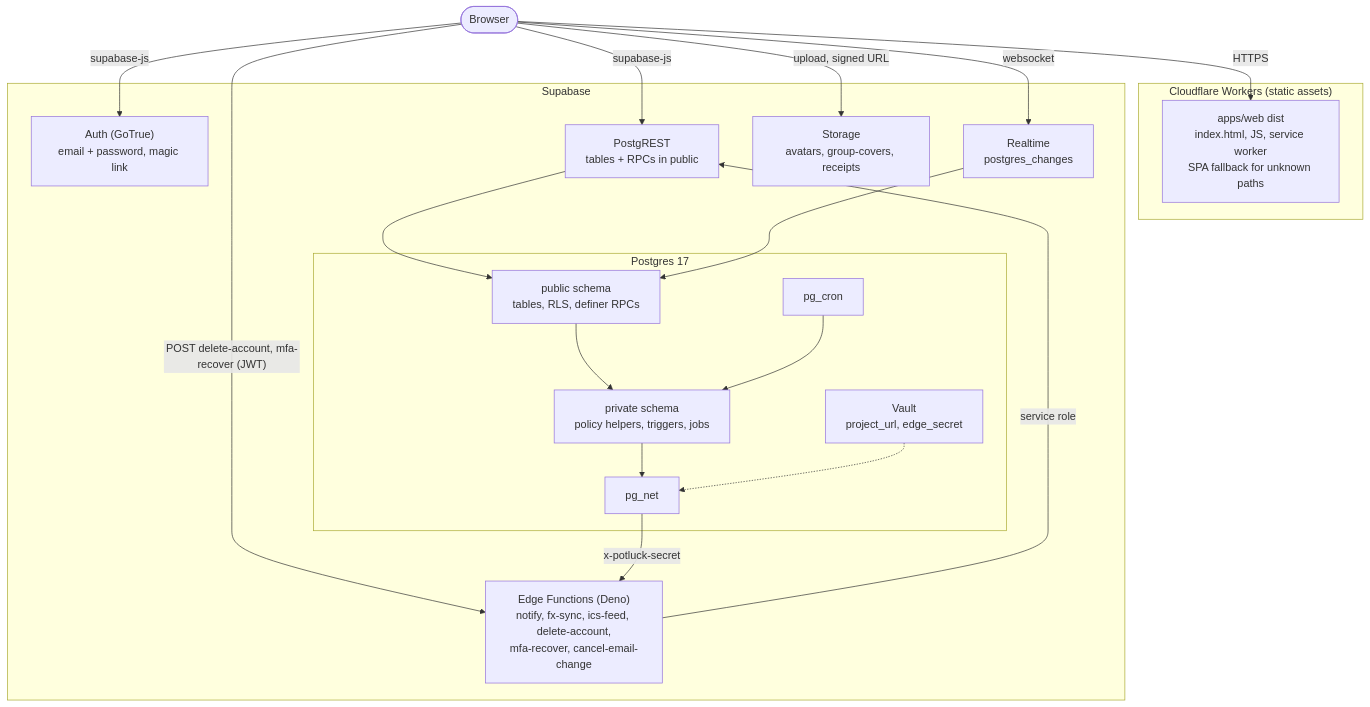
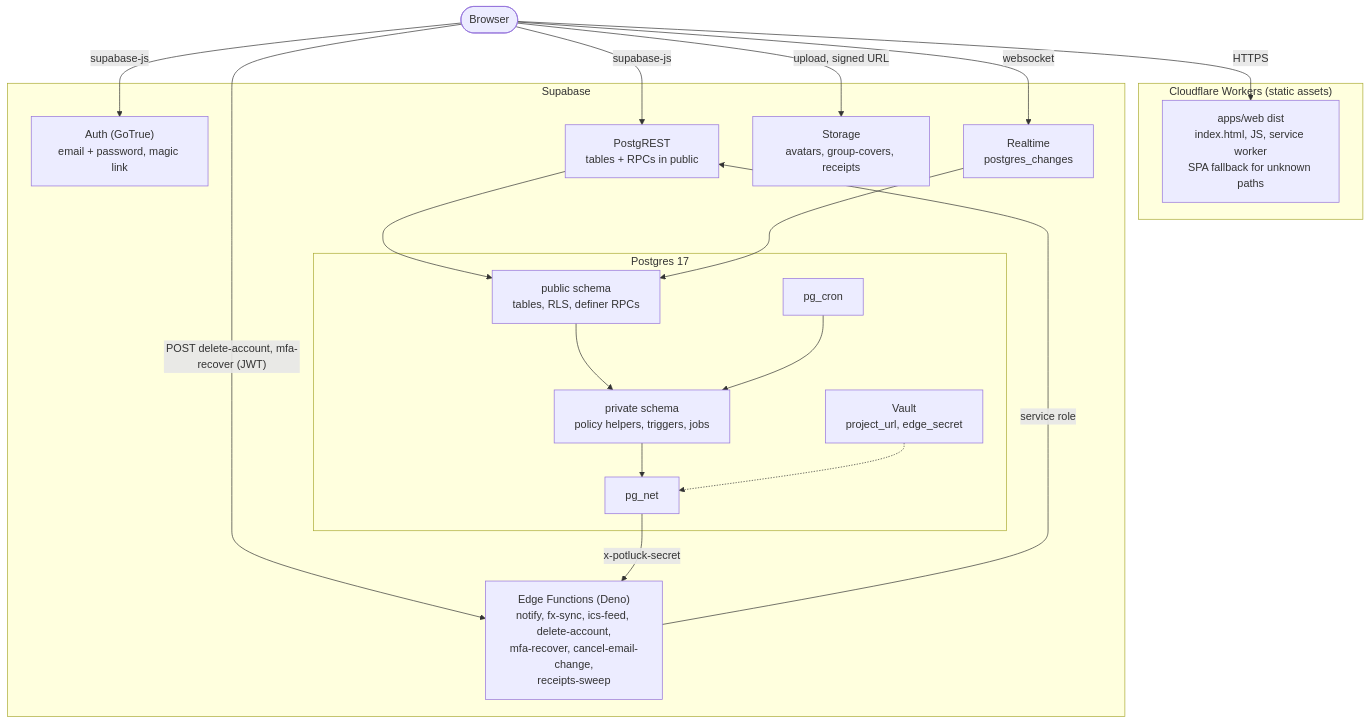
Before and after one commit to Fermulate/potluck: the second of 6 diagrams in docs/architecture.md, drawn with Mermaid. The commit also changed other lines of this file and 8 other files, not shown here.

````diff
--- a/docs/architecture.md
+++ b/docs/architecture.md
@@ -38,38 +38,38 @@
 ```mermaid
 flowchart TB
   user(["Browser"])
 
   subgraph cf["Cloudflare Workers (static assets)"]
     assets["apps/web dist<br/>index.html, JS, service worker<br/>SPA fallback for unknown paths"]
   end
 
   subgraph sb["Supabase"]
     auth["Auth (GoTrue)<br/>email + password, magic link"]
     rest["PostgREST<br/>tables + RPCs in public"]
     rt["Realtime<br/>postgres_changes"]
     storage["Storage<br/>avatars, group-covers, receipts"]
-    edge["Edge Functions (Deno)<br/>notify, fx-sync, ics-feed, delete-account,<br/>mfa-recover, cancel-email-change"]
+    edge["Edge Functions (Deno)<br/>notify, fx-sync, ics-feed, delete-account,<br/>mfa-recover, cancel-email-change,<br/>receipts-sweep"]
     subgraph pg["Postgres 17"]
       public["public schema<br/>tables, RLS, definer RPCs"]
       private["private schema<br/>policy helpers, triggers, jobs"]
       cron["pg_cron"]
       net["pg_net"]
       vault["Vault<br/>project_url, edge_secret"]
     end
   end
 
   user -->|HTTPS| assets
   user -->|supabase-js| auth
   user -->|supabase-js| rest
   user -->|websocket| rt
   user -->|upload, signed URL| storage
   user -->|"POST delete-account, mfa-recover (JWT)"| edge
   rest --> public
   public --> private
   rt --> public
   cron --> private
   private --> net
   net -->|"x-potluck-secret"| edge
   vault -.-> net
   edge -->|service role| rest
 ```
````
